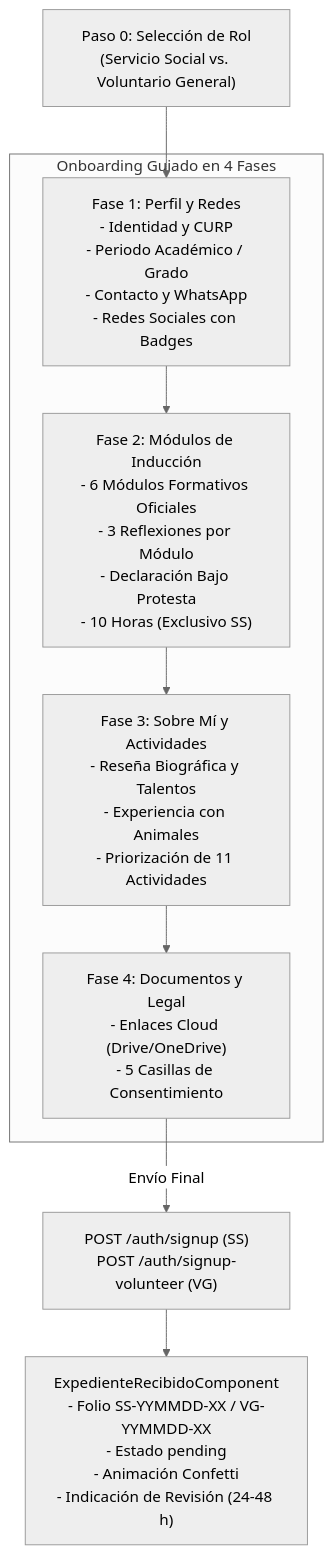
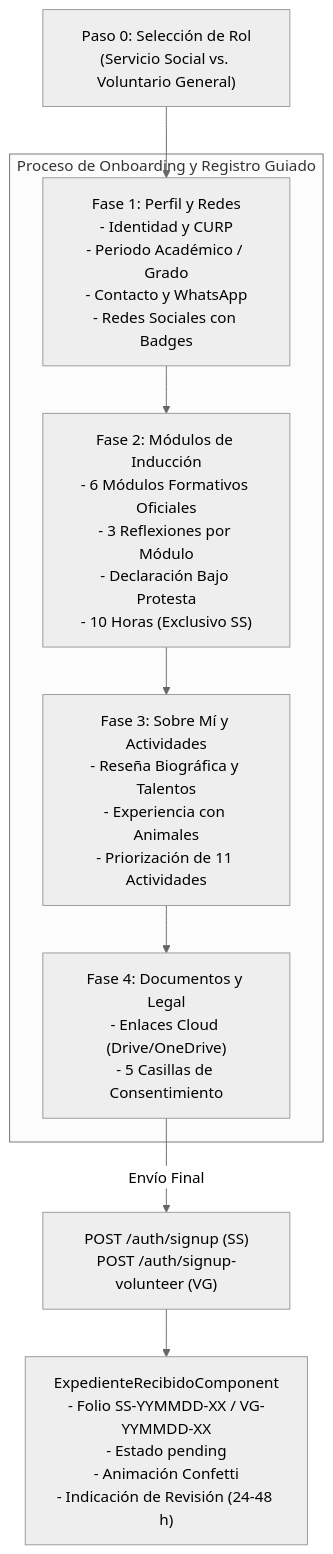
Before and after one commit to proyecto-web-abaq/documentation: the second of 2 diagrams in docs/technical/auth-design.md, drawn with Mermaid (neutral theme). The commit also changed other lines of this file and 18 other files, not shown here.

````diff
--- a/docs/technical/auth-design.md
+++ b/docs/technical/auth-design.md
@@ -118,16 +118,16 @@
 ```mermaid
 flowchart TD
     P0["Paso 0: Selección de Rol<br/>(Servicio Social vs. Voluntario General)"] --> F1
     
-    subgraph Onboarding ["Onboarding Guiado en 4 Fases"]
+    subgraph Onboarding ["Proceso de Onboarding y Registro Guiado"]
         F1["Fase 1: Perfil y Redes<br/>- Identidad y CURP<br/>- Periodo Académico / Grado<br/>- Contacto y WhatsApp<br/>- Redes Sociales con Badges"]
         F2["Fase 2: Módulos de Inducción<br/>- 6 Módulos Formativos Oficiales<br/>- 3 Reflexiones por Módulo<br/>- Declaración Bajo Protesta<br/>- 10 Horas (Exclusivo SS)"]
         F3["Fase 3: Sobre Mí y Actividades<br/>- Reseña Biográfica y Talentos<br/>- Experiencia con Animales<br/>- Priorización de 11 Actividades"]
         F4["Fase 4: Documentos y Legal<br/>- Enlaces Cloud (Drive/OneDrive)<br/>- 5 Casillas de Consentimiento"]
         
         F1 --> F2 --> F3 --> F4
     end
     
     F4 -->|Envío Final| POST["POST /auth/signup (SS)<br/>POST /auth/signup-volunteer (VG)"]
     POST --> EX["ExpedienteRecibidoComponent<br/>- Folio SS-YYMMDD-XX / VG-YYMMDD-XX<br/>- Estado pending<br/>- Animación Confetti<br/>- Indicación de Revisión (24-48 h)"]
 ```
````
